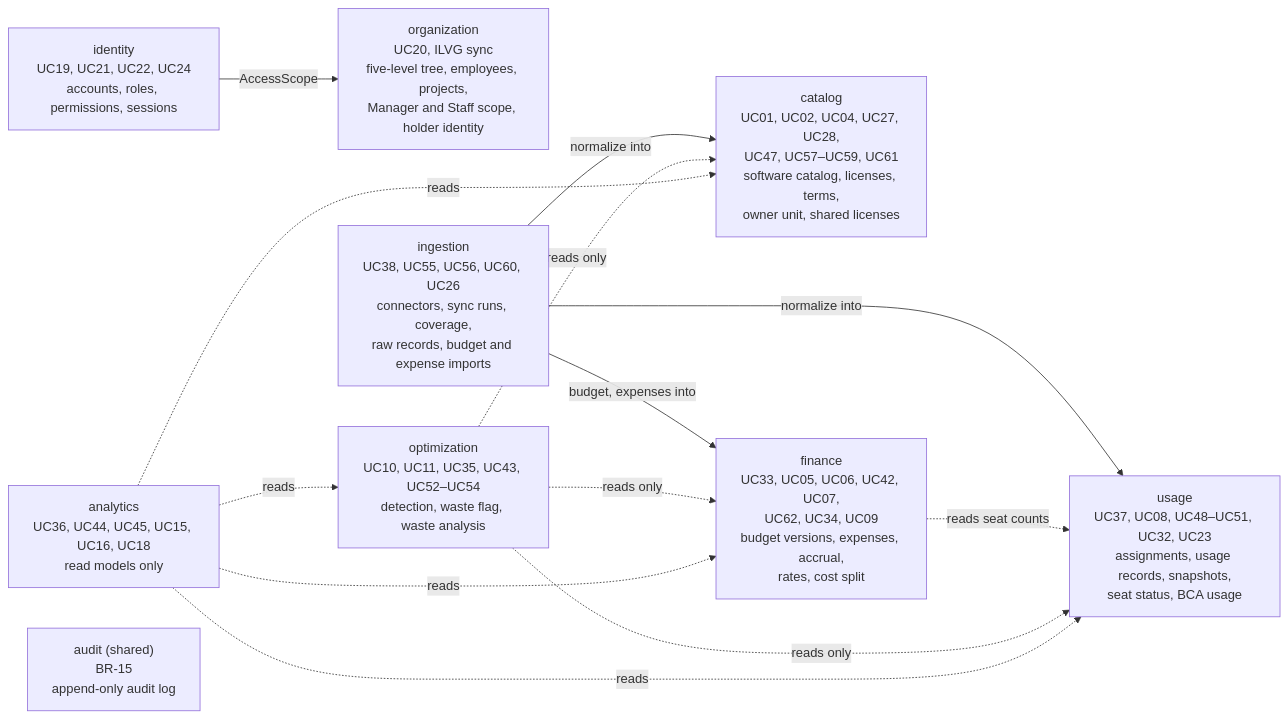
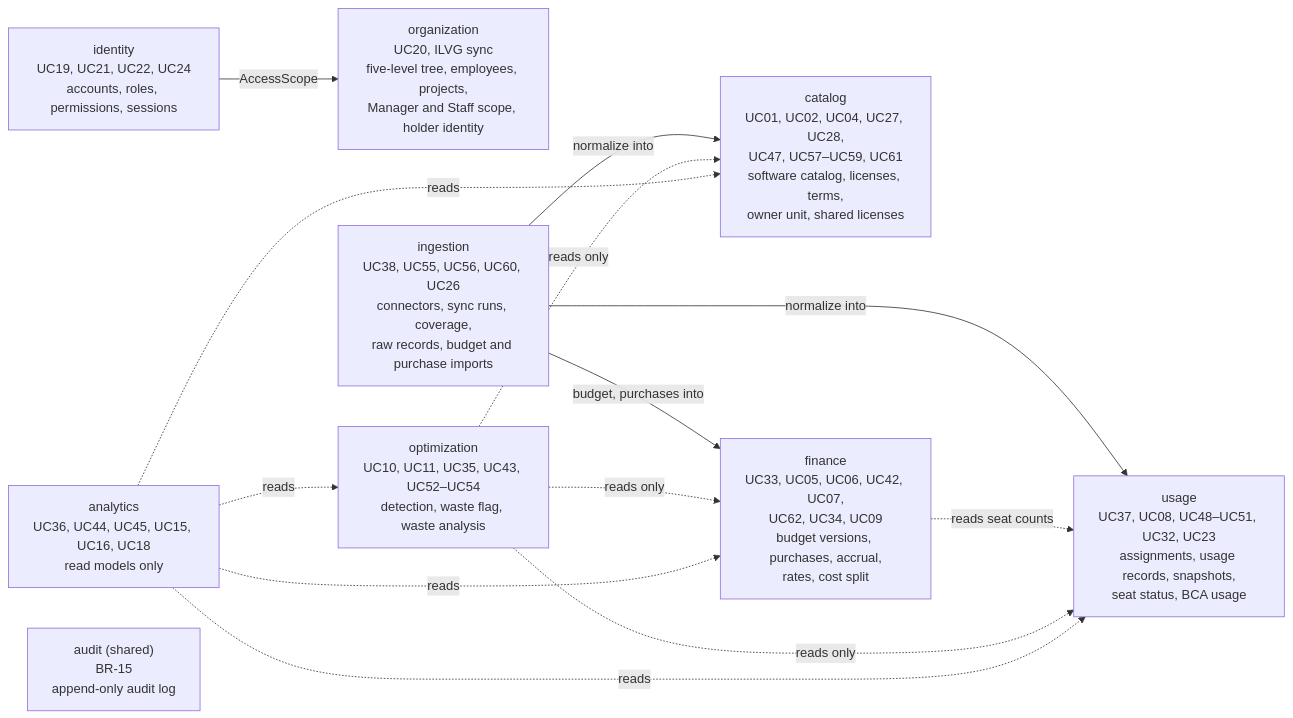
Before and after one commit to cuonglpv/VFast: the fourth of 7 diagrams in docs/07-c4-architecture.md, drawn with Mermaid. The commit also changed other lines of this file and 31 other files, not shown here.

````diff
--- a/docs/07-c4-architecture.md
+++ b/docs/07-c4-architecture.md
@@ -226,25 +226,25 @@
 ```mermaid
 flowchart LR
     identity["identity<br/>UC19, UC21, UC22, UC24<br/>accounts, roles, permissions, sessions"]
     organization["organization<br/>UC20, ILVG sync<br/>five-level tree, employees, projects,<br/>Manager and Staff scope, holder identity"]
     catalog["catalog<br/>UC01, UC02, UC04, UC27, UC28,<br/>UC47, UC57–UC59, UC61<br/>software catalog, licenses, terms,<br/>owner unit, shared licenses"]
-    ingestion["ingestion<br/>UC38, UC55, UC56, UC60, UC26<br/>connectors, sync runs, coverage,<br/>raw records, budget and expense imports"]
+    ingestion["ingestion<br/>UC38, UC55, UC56, UC60, UC26<br/>connectors, sync runs, coverage,<br/>raw records, budget and purchase imports"]
     usage["usage<br/>UC37, UC08, UC48–UC51, UC32, UC23<br/>assignments, usage records, snapshots,<br/>seat status, BCA usage"]
-    finance["finance<br/>UC33, UC05, UC06, UC42, UC07,<br/>UC62, UC34, UC09<br/>budget versions, expenses, accrual,<br/>rates, cost split"]
+    finance["finance<br/>UC33, UC05, UC06, UC42, UC07,<br/>UC62, UC34, UC09<br/>budget versions, purchases, accrual,<br/>rates, cost split"]
     optimization["optimization<br/>UC10, UC11, UC35, UC43, UC52–UC54<br/>detection, waste flag, waste analysis"]
     analytics["analytics<br/>UC36, UC44, UC45, UC15, UC16, UC18<br/>read models only"]
     audit["audit (shared)<br/>BR-15<br/>append-only audit log"]
 
     ingestion -- "normalize into" --> catalog
     ingestion -- "normalize into" --> usage
-    ingestion -- "budget, expenses into" --> finance
+    ingestion -- "budget, purchases into" --> finance
     finance -. "reads seat counts" .-> usage
     optimization -. "reads only" .-> usage
     optimization -. "reads only" .-> finance
     optimization -. "reads only" .-> catalog
     analytics -. "reads" .-> optimization
     analytics -. "reads" .-> finance
     analytics -. "reads" .-> usage
     analytics -. "reads" .-> catalog
     identity -- "AccessScope" --> organization
 ```
````
